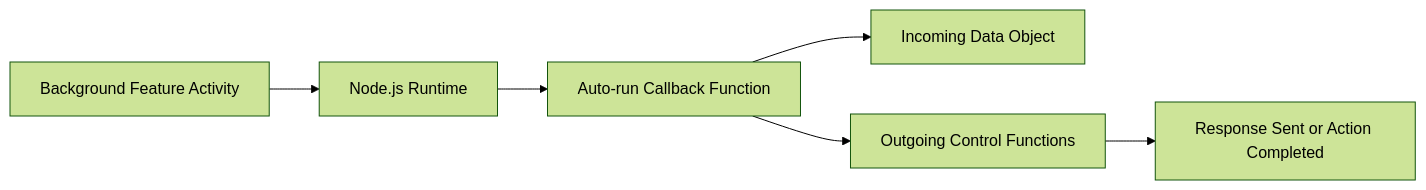
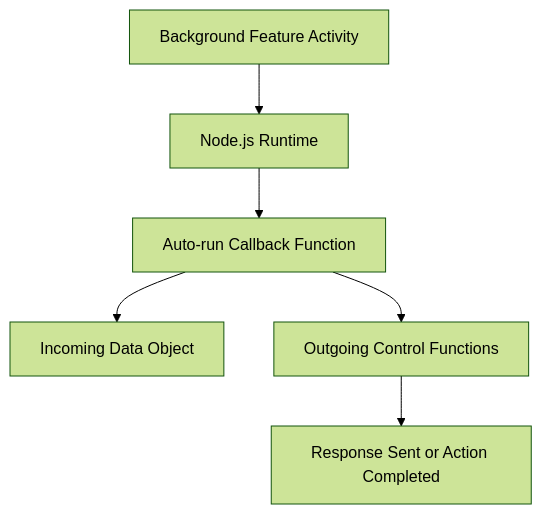
One commit to toonchavez8/Unir-Notes changed the diagram in FrontEnd-Masters/05-Hard-parts-of-servers-node/09-creating-a-server-summery.md. Above: the diagram before and after it, drawn with Mermaid (forest theme). The commit also changed 18 other files, not shown here.

````diff
--- a/FrontEnd-Masters/05-Hard-parts-of-servers-node/09-creating-a-server-summery.md
+++ b/FrontEnd-Masters/05-Hard-parts-of-servers-node/09-creating-a-server-summery.md
@@ -126,8 +126,8 @@
 ```mermaid
-flowchart LR
+flowchart TD
     A[Background Feature Activity] --> B[Node.js Runtime]
     B --> C[Auto-run Callback Function]
     C --> D[Incoming Data Object]
     C --> E[Outgoing Control Functions]
     E --> F[Response Sent or Action Completed]
 ```
````
